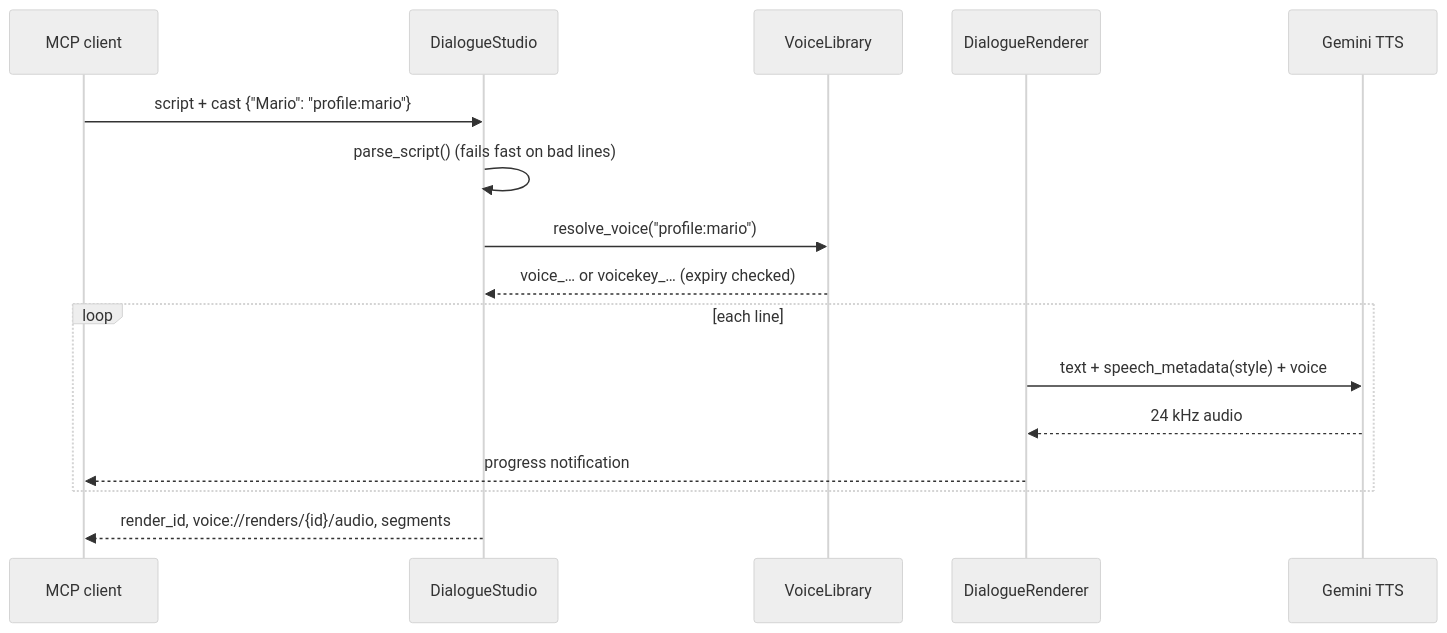
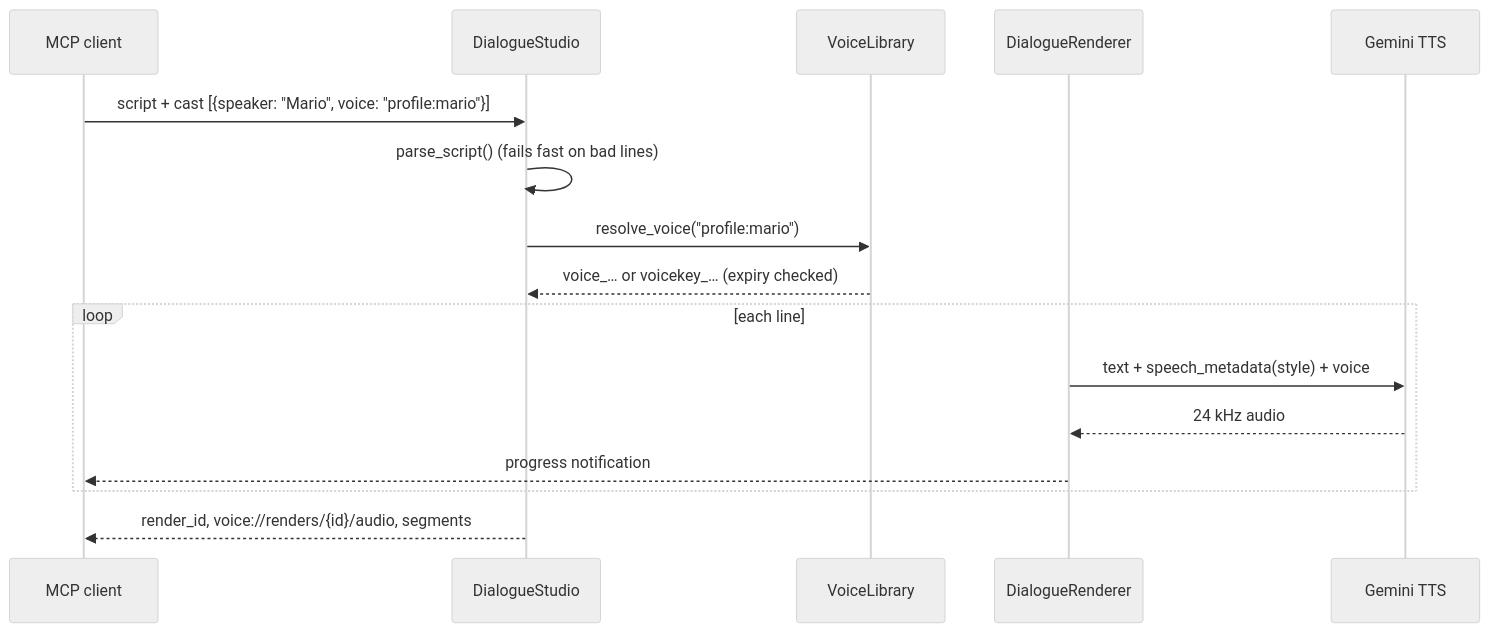
One commit to EmmanuelRTM/google-voice-creator changed the third of 6 diagrams in docs/architecture.md. Above: the diagram before and after it, drawn with Mermaid (neutral theme). The commit also changed other lines of this file and 6 other files, not shown here.

````diff
--- a/docs/architecture.md
+++ b/docs/architecture.md
@@ -76,18 +112,18 @@
 ```mermaid
 sequenceDiagram
     participant C as MCP client
     participant S as DialogueStudio
     participant L as VoiceLibrary
     participant R as DialogueRenderer
     participant T as Gemini TTS
-    C->>S: script + cast {"Mario": "profile:mario"}
+    C->>S: script + cast [{speaker: "Mario", voice: "profile:mario"}]
     S->>S: parse_script() (fails fast on bad lines)
     S->>L: resolve_voice("profile:mario")
     L-->>S: voice_… or voicekey_… (expiry checked)
     loop each line
         R->>T: text + speech_metadata(style) + voice
         T-->>R: 24 kHz audio
         R-->>C: progress notification
     end
     S-->>C: render_id, voice://renders/{id}/audio, segments
 ```
````
